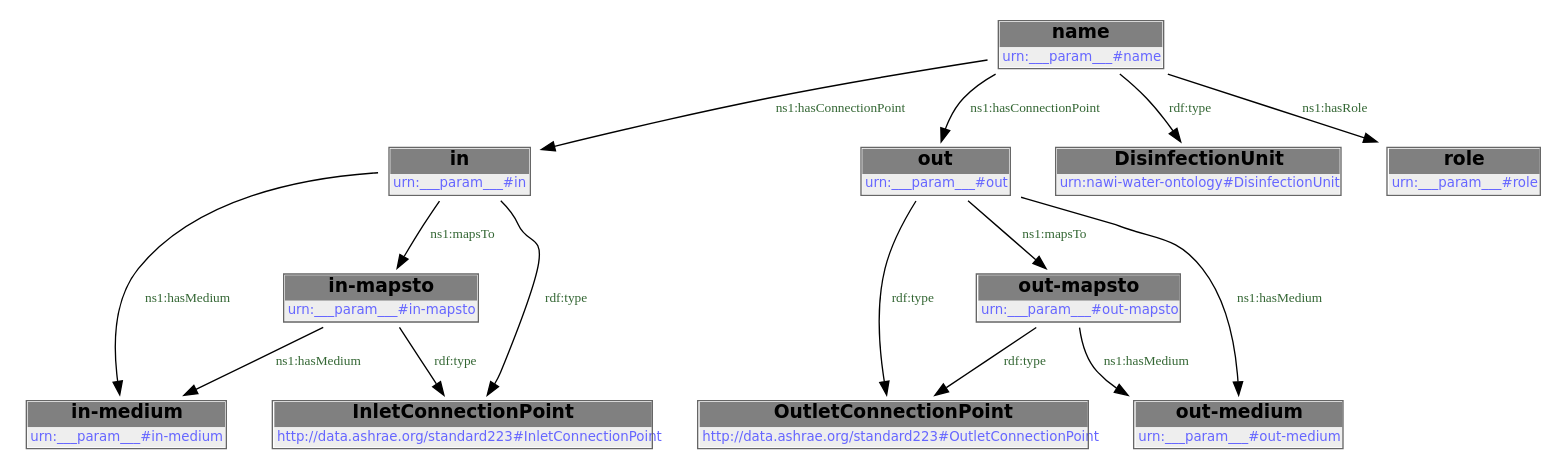
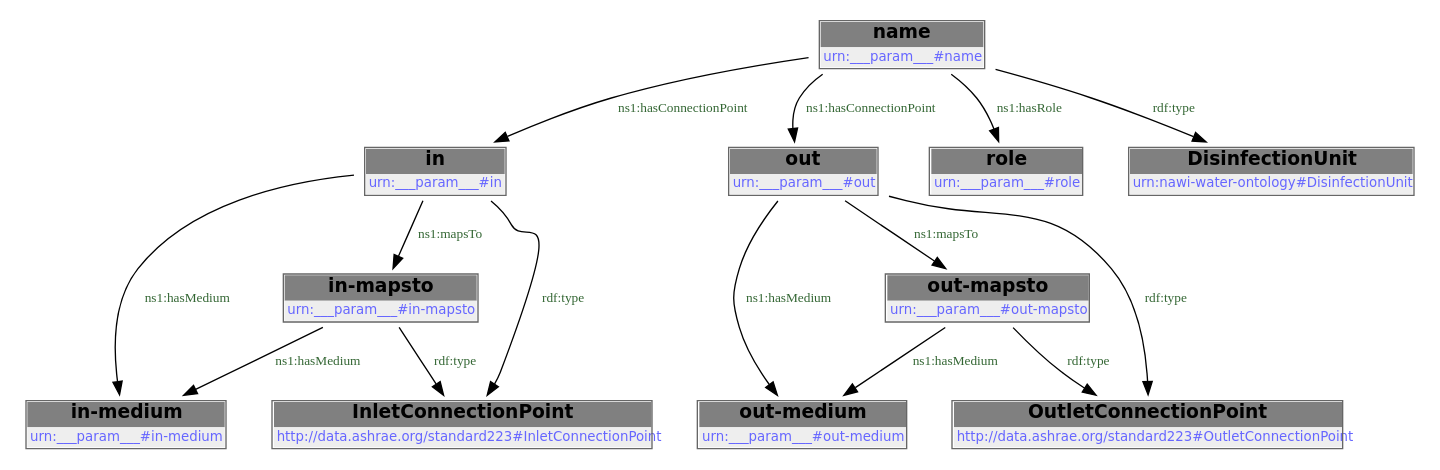
Before and after one commit to DataDrivenCPS/water-ontology: the second of 2 diagrams in docs/libraries/templates/contact-chamber.rst, drawn with Graphviz. The commit also changed other lines of this file and 33 other files, not shown here.

```diff
--- a/docs/libraries/templates/contact-chamber.rst
+++ b/docs/libraries/templates/contact-chamber.rst
@@ -96,30 +96,30 @@
         .. graphviz::
 
                 digraph G {
             node [fontname="DejaVu Sans"];
             node0 -> node1 [color=BLACK, label=< <font point-size='10' color='#336633'>ns1:hasMedium</font> >];
-            node0 -> node2 [color=BLACK, label=< <font point-size='10' color='#336633'>ns1:mapsTo</font> >];
-            node3 -> node4 [color=BLACK, label=< <font point-size='10' color='#336633'>rdf:type</font> >];
-            node5 -> node0 [color=BLACK, label=< <font point-size='10' color='#336633'>ns1:hasConnectionPoint</font> >];
-            node6 -> node7 [color=BLACK, label=< <font point-size='10' color='#336633'>ns1:hasMedium</font> >];
-            node6 -> node3 [color=BLACK, label=< <font point-size='10' color='#336633'>ns1:mapsTo</font> >];
-            node2 -> node1 [color=BLACK, label=< <font point-size='10' color='#336633'>ns1:hasMedium</font> >];
-            node3 -> node7 [color=BLACK, label=< <font point-size='10' color='#336633'>ns1:hasMedium</font> >];
+            node2 -> node3 [color=BLACK, label=< <font point-size='10' color='#336633'>ns1:hasMedium</font> >];
+            node4 -> node2 [color=BLACK, label=< <font point-size='10' color='#336633'>ns1:hasConnectionPoint</font> >];
+            node4 -> node5 [color=BLACK, label=< <font point-size='10' color='#336633'>ns1:hasConnectionPoint</font> >];
+            node6 -> node3 [color=BLACK, label=< <font point-size='10' color='#336633'>ns1:hasMedium</font> >];
+            node4 -> node7 [color=BLACK, label=< <font point-size='10' color='#336633'>ns1:hasRole</font> >];
+            node5 -> node1 [color=BLACK, label=< <font point-size='10' color='#336633'>ns1:hasMedium</font> >];
+            node5 -> node8 [color=BLACK, label=< <font point-size='10' color='#336633'>rdf:type</font> >];
+            node5 -> node0 [color=BLACK, label=< <font point-size='10' color='#336633'>ns1:mapsTo</font> >];
+            node2 -> node9 [color=BLACK, label=< <font point-size='10' color='#336633'>rdf:type</font> >];
             node0 -> node8 [color=BLACK, label=< <font point-size='10' color='#336633'>rdf:type</font> >];
-            node5 -> node9 [color=BLACK, label=< <font point-size='10' color='#336633'>rdf:type</font> >];
-            node5 -> node6 [color=BLACK, label=< <font point-size='10' color='#336633'>ns1:hasConnectionPoint</font> >];
-            node6 -> node4 [color=BLACK, label=< <font point-size='10' color='#336633'>rdf:type</font> >];
-            node2 -> node8 [color=BLACK, label=< <font point-size='10' color='#336633'>rdf:type</font> >];
-            node5 -> node10 [color=BLACK, label=< <font point-size='10' color='#336633'>ns1:hasRole</font> >];
-            node0 [shape=none, color=black, label=< <table color='#666666' cellborder='0' cellspacing='0' border='1'><tr><td colspan='2' bgcolor='grey'><B>in</B></td></tr><tr><td href='urn:___param___#in' bgcolor='#eeeeee' colspan='2'><font point-size='10' color='#6666ff'>urn:___param___#in</font></td></tr></table> >];
-            node1 [shape=none, color=black, label=< <table color='#666666' cellborder='0' cellspacing='0' border='1'><tr><td colspan='2' bgcolor='grey'><B>in-medium</B></td></tr><tr><td href='urn:___param___#in-medium' bgcolor='#eeeeee' colspan='2'><font point-size='10' color='#6666ff'>urn:___param___#in-medium</font></td></tr></table> >];
-            node2 [shape=none, color=black, label=< <table color='#666666' cellborder='0' cellspacing='0' border='1'><tr><td colspan='2' bgcolor='grey'><B>in-mapsto</B></td></tr><tr><td href='urn:___param___#in-mapsto' bgcolor='#eeeeee' colspan='2'><font point-size='10' color='#6666ff'>urn:___param___#in-mapsto</font></td></tr></table> >];
-            node3 [shape=none, color=black, label=< <table color='#666666' cellborder='0' cellspacing='0' border='1'><tr><td colspan='2' bgcolor='grey'><B>out-mapsto</B></td></tr><tr><td href='urn:___param___#out-mapsto' bgcolor='#eeeeee' colspan='2'><font point-size='10' color='#6666ff'>urn:___param___#out-mapsto</font></td></tr></table> >];
-            node4 [shape=none, color=black, label=< <table color='#666666' cellborder='0' cellspacing='0' border='1'><tr><td colspan='2' bgcolor='grey'><B>OutletConnectionPoint</B></td></tr><tr><td href='http://data.ashrae.org/standard223#OutletConnectionPoint' bgcolor='#eeeeee' colspan='2'><font point-size='10' color='#6666ff'>http://data.ashrae.org/standard223#OutletConnectionPoint</font></td></tr></table> >];
-            node5 [shape=none, color=black, label=< <table color='#666666' cellborder='0' cellspacing='0' border='1'><tr><td colspan='2' bgcolor='grey'><B>name</B></td></tr><tr><td href='urn:___param___#name' bgcolor='#eeeeee' colspan='2'><font point-size='10' color='#6666ff'>urn:___param___#name</font></td></tr></table> >];
-            node6 [shape=none, color=black, label=< <table color='#666666' cellborder='0' cellspacing='0' border='1'><tr><td colspan='2' bgcolor='grey'><B>out</B></td></tr><tr><td href='urn:___param___#out' bgcolor='#eeeeee' colspan='2'><font point-size='10' color='#6666ff'>urn:___param___#out</font></td></tr></table> >];
-            node7 [shape=none, color=black, label=< <table color='#666666' cellborder='0' cellspacing='0' border='1'><tr><td colspan='2' bgcolor='grey'><B>out-medium</B></td></tr><tr><td href='urn:___param___#out-medium' bgcolor='#eeeeee' colspan='2'><font point-size='10' color='#6666ff'>urn:___param___#out-medium</font></td></tr></table> >];
-            node8 [shape=none, color=black, label=< <table color='#666666' cellborder='0' cellspacing='0' border='1'><tr><td colspan='2' bgcolor='grey'><B>InletConnectionPoint</B></td></tr><tr><td href='http://data.ashrae.org/standard223#InletConnectionPoint' bgcolor='#eeeeee' colspan='2'><font point-size='10' color='#6666ff'>http://data.ashrae.org/standard223#InletConnectionPoint</font></td></tr></table> >];
-            node9 [shape=none, color=black, label=< <table color='#666666' cellborder='0' cellspacing='0' border='1'><tr><td colspan='2' bgcolor='grey'><B>DisinfectionUnit</B></td></tr><tr><td href='urn:nawi-water-ontology#DisinfectionUnit' bgcolor='#eeeeee' colspan='2'><font point-size='10' color='#6666ff'>urn:nawi-water-ontology#DisinfectionUnit</font></td></tr></table> >];
-            node10 [shape=none, color=black, label=< <table color='#666666' cellborder='0' cellspacing='0' border='1'><tr><td colspan='2' bgcolor='grey'><B>role</B></td></tr><tr><td href='urn:___param___#role' bgcolor='#eeeeee' colspan='2'><font point-size='10' color='#6666ff'>urn:___param___#role</font></td></tr></table> >];
+            node6 -> node9 [color=BLACK, label=< <font point-size='10' color='#336633'>rdf:type</font> >];
+            node2 -> node6 [color=BLACK, label=< <font point-size='10' color='#336633'>ns1:mapsTo</font> >];
+            node4 -> node10 [color=BLACK, label=< <font point-size='10' color='#336633'>rdf:type</font> >];
+            node0 [shape=none, color=black, label=< <table color='#666666' cellborder='0' cellspacing='0' border='1'><tr><td colspan='2' bgcolor='grey'><B>out-mapsto</B></td></tr><tr><td href='urn:___param___#out-mapsto' bgcolor='#eeeeee' colspan='2'><font point-size='10' color='#6666ff'>urn:___param___#out-mapsto</font></td></tr></table> >];
+            node1 [shape=none, color=black, label=< <table color='#666666' cellborder='0' cellspacing='0' border='1'><tr><td colspan='2' bgcolor='grey'><B>out-medium</B></td></tr><tr><td href='urn:___param___#out-medium' bgcolor='#eeeeee' colspan='2'><font point-size='10' color='#6666ff'>urn:___param___#out-medium</font></td></tr></table> >];
+            node2 [shape=none, color=black, label=< <table color='#666666' cellborder='0' cellspacing='0' border='1'><tr><td colspan='2' bgcolor='grey'><B>in</B></td></tr><tr><td href='urn:___param___#in' bgcolor='#eeeeee' colspan='2'><font point-size='10' color='#6666ff'>urn:___param___#in</font></td></tr></table> >];
+            node3 [shape=none, color=black, label=< <table color='#666666' cellborder='0' cellspacing='0' border='1'><tr><td colspan='2' bgcolor='grey'><B>in-medium</B></td></tr><tr><td href='urn:___param___#in-medium' bgcolor='#eeeeee' colspan='2'><font point-size='10' color='#6666ff'>urn:___param___#in-medium</font></td></tr></table> >];
+            node4 [shape=none, color=black, label=< <table color='#666666' cellborder='0' cellspacing='0' border='1'><tr><td colspan='2' bgcolor='grey'><B>name</B></td></tr><tr><td href='urn:___param___#name' bgcolor='#eeeeee' colspan='2'><font point-size='10' color='#6666ff'>urn:___param___#name</font></td></tr></table> >];
+            node5 [shape=none, color=black, label=< <table color='#666666' cellborder='0' cellspacing='0' border='1'><tr><td colspan='2' bgcolor='grey'><B>out</B></td></tr><tr><td href='urn:___param___#out' bgcolor='#eeeeee' colspan='2'><font point-size='10' color='#6666ff'>urn:___param___#out</font></td></tr></table> >];
+            node6 [shape=none, color=black, label=< <table color='#666666' cellborder='0' cellspacing='0' border='1'><tr><td colspan='2' bgcolor='grey'><B>in-mapsto</B></td></tr><tr><td href='urn:___param___#in-mapsto' bgcolor='#eeeeee' colspan='2'><font point-size='10' color='#6666ff'>urn:___param___#in-mapsto</font></td></tr></table> >];
+            node7 [shape=none, color=black, label=< <table color='#666666' cellborder='0' cellspacing='0' border='1'><tr><td colspan='2' bgcolor='grey'><B>role</B></td></tr><tr><td href='urn:___param___#role' bgcolor='#eeeeee' colspan='2'><font point-size='10' color='#6666ff'>urn:___param___#role</font></td></tr></table> >];
+            node8 [shape=none, color=black, label=< <table color='#666666' cellborder='0' cellspacing='0' border='1'><tr><td colspan='2' bgcolor='grey'><B>OutletConnectionPoint</B></td></tr><tr><td href='http://data.ashrae.org/standard223#OutletConnectionPoint' bgcolor='#eeeeee' colspan='2'><font point-size='10' color='#6666ff'>http://data.ashrae.org/standard223#OutletConnectionPoint</font></td></tr></table> >];
+            node9 [shape=none, color=black, label=< <table color='#666666' cellborder='0' cellspacing='0' border='1'><tr><td colspan='2' bgcolor='grey'><B>InletConnectionPoint</B></td></tr><tr><td href='http://data.ashrae.org/standard223#InletConnectionPoint' bgcolor='#eeeeee' colspan='2'><font point-size='10' color='#6666ff'>http://data.ashrae.org/standard223#InletConnectionPoint</font></td></tr></table> >];
+            node10 [shape=none, color=black, label=< <table color='#666666' cellborder='0' cellspacing='0' border='1'><tr><td colspan='2' bgcolor='grey'><B>DisinfectionUnit</B></td></tr><tr><td href='urn:nawi-water-ontology#DisinfectionUnit' bgcolor='#eeeeee' colspan='2'><font point-size='10' color='#6666ff'>urn:nawi-water-ontology#DisinfectionUnit</font></td></tr></table> >];
             }
```
